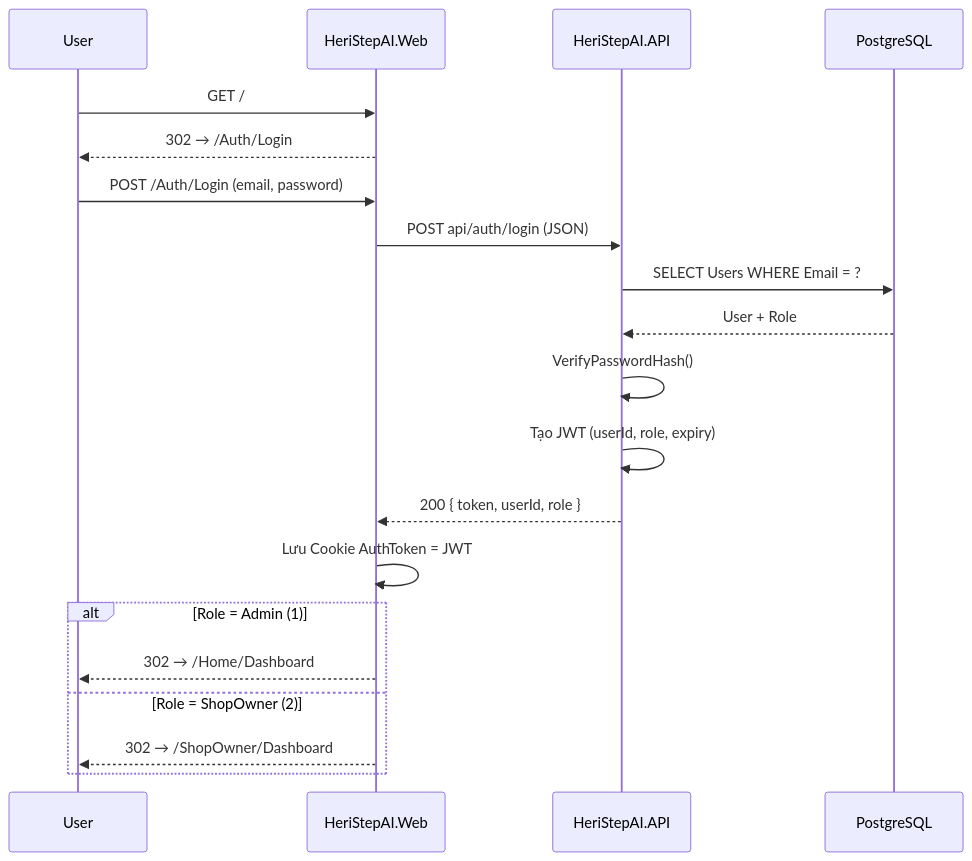
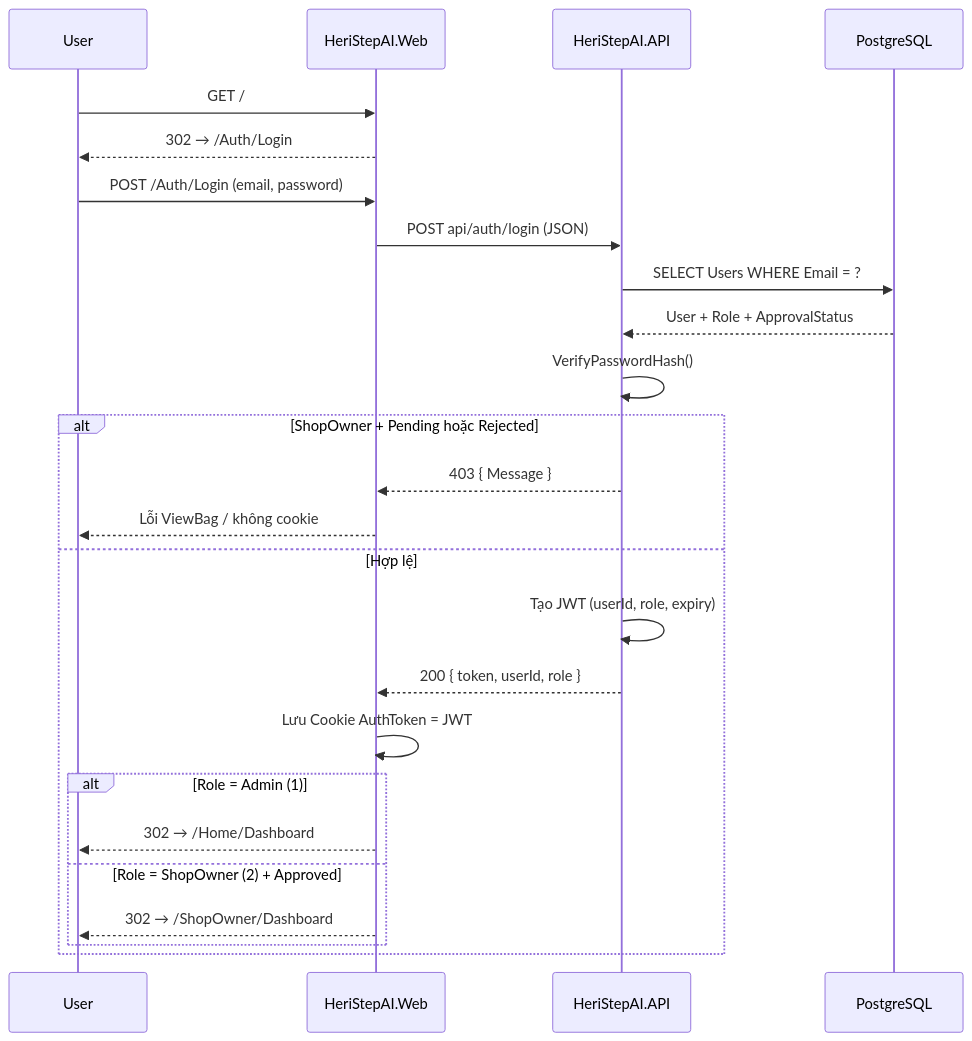
One commit to KhanhChung2k5/k_tour changed diagram 11 of 44 in docs/PRODUCT_REQUIREMENTS.md. Above: the diagram before and after it, drawn with Mermaid. The commit also changed other lines of this file, not shown here.

````diff
--- a/docs/PRODUCT_REQUIREMENTS.md
+++ b/docs/PRODUCT_REQUIREMENTS.md
@@ -761,23 +820,28 @@
 ```mermaid
 sequenceDiagram
     participant User
     participant Web as HeriStepAI.Web
     participant API as HeriStepAI.API
     participant DB as PostgreSQL
 
     User->>Web: GET / 
     Web-->>User: 302 → /Auth/Login
     User->>Web: POST /Auth/Login (email, password)
     Web->>API: POST api/auth/login (JSON)
     API->>DB: SELECT Users WHERE Email = ?
-    DB-->>API: User + Role
+    DB-->>API: User + Role + ApprovalStatus
     API->>API: VerifyPasswordHash()
-    API->>API: Tạo JWT (userId, role, expiry)
-    API-->>Web: 200 { token, userId, role }
-    Web->>Web: Lưu Cookie AuthToken = JWT
-    alt Role = Admin (1)
-        Web-->>User: 302 → /Home/Dashboard
-    else Role = ShopOwner (2)
-        Web-->>User: 302 → /ShopOwner/Dashboard
+    alt ShopOwner + Pending hoặc Rejected
+        API-->>Web: 403 { Message }
+        Web-->>User: Lỗi ViewBag / không cookie
+    else Hợp lệ
+        API->>API: Tạo JWT (userId, role, expiry)
+        API-->>Web: 200 { token, userId, role }
+        Web->>Web: Lưu Cookie AuthToken = JWT
+        alt Role = Admin (1)
+            Web-->>User: 302 → /Home/Dashboard
+        else Role = ShopOwner (2) + Approved
+            Web-->>User: 302 → /ShopOwner/Dashboard
+        end
     end
 ```
````
